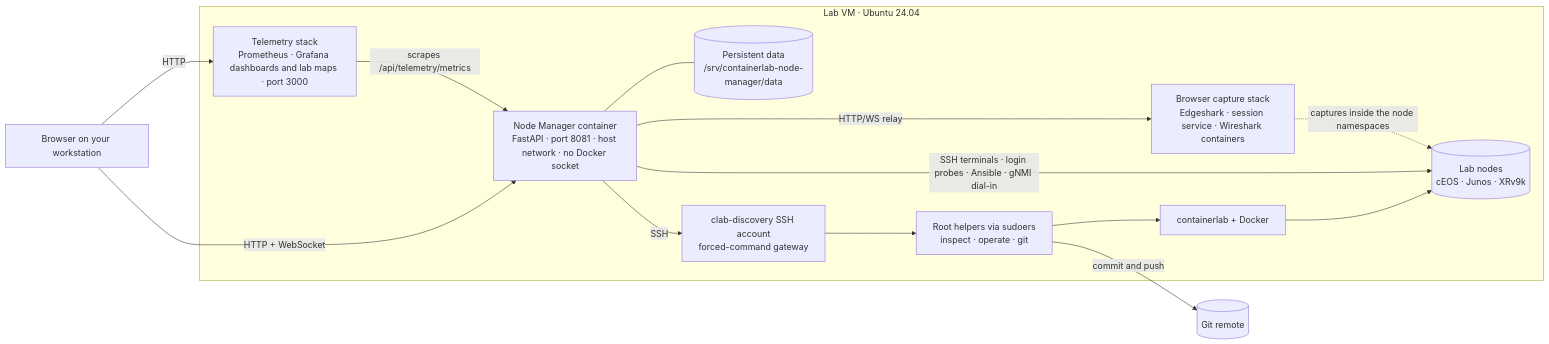
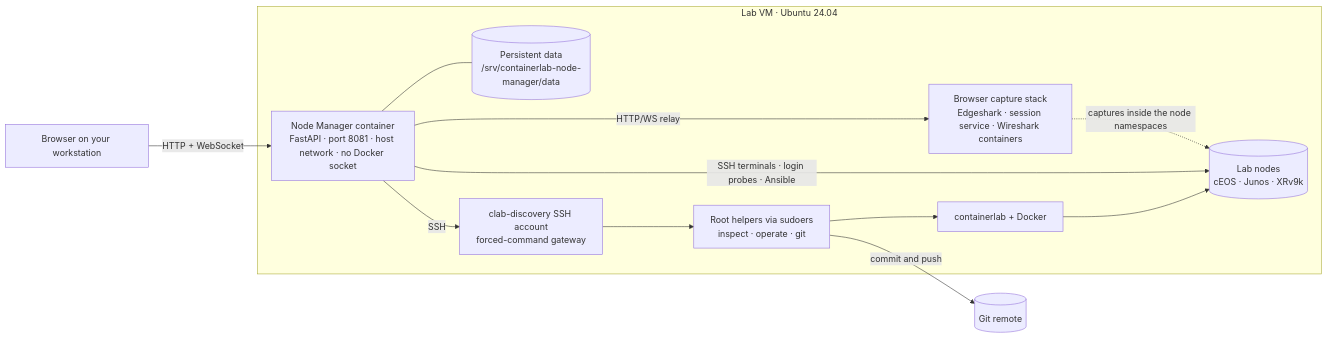
Before and after one commit to ArchRuger/CLAB-BACKUP-WORKER-v2: the diagram in README.md, drawn with Mermaid. The commit also changed other lines of this file and 123 other files, not shown here.

First line of the commit message:
Release 1.30.39: telemetry and Grafana retired (technical audit, part 1)

````diff
--- a/README.md
+++ b/README.md
@@ -120,24 +108,21 @@
 ```mermaid
 flowchart LR
     B["Browser on your workstation"]
     subgraph VM["Lab VM · Ubuntu 24.04"]
         M["Node Manager container<br/>FastAPI · port 8081 · host network · no Docker socket"]
         D[("Persistent data<br/>/srv/containerlab-node-manager/data")]
         G["clab-discovery SSH account<br/>forced-command gateway"]
         H["Root helpers via sudoers<br/>inspect · operate · git"]
         C["containerlab + Docker"]
         N[("Lab nodes<br/>cEOS · Junos · XRv9k")]
         W["Browser capture stack<br/>Edgeshark · session service · Wireshark containers"]
-        T["Telemetry stack<br/>Prometheus · Grafana dashboards and lab maps · port 3000"]
     end
     R[("Git remote")]
     B -- "HTTP + WebSocket" --> M
-    B -- "HTTP" --> T
     M --- D
     M -- "SSH" --> G --> H --> C --> N
-    M -- "SSH terminals · login probes · Ansible · gNMI dial-in" --> N
+    M -- "SSH terminals · login probes · Ansible" --> N
     M -- "HTTP/WS relay" --> W
-    T -- "scrapes /api/telemetry/metrics" --> M
     W -. "captures inside the node namespaces" .-> N
     H -- "commit and push" --> R
 ```
````
